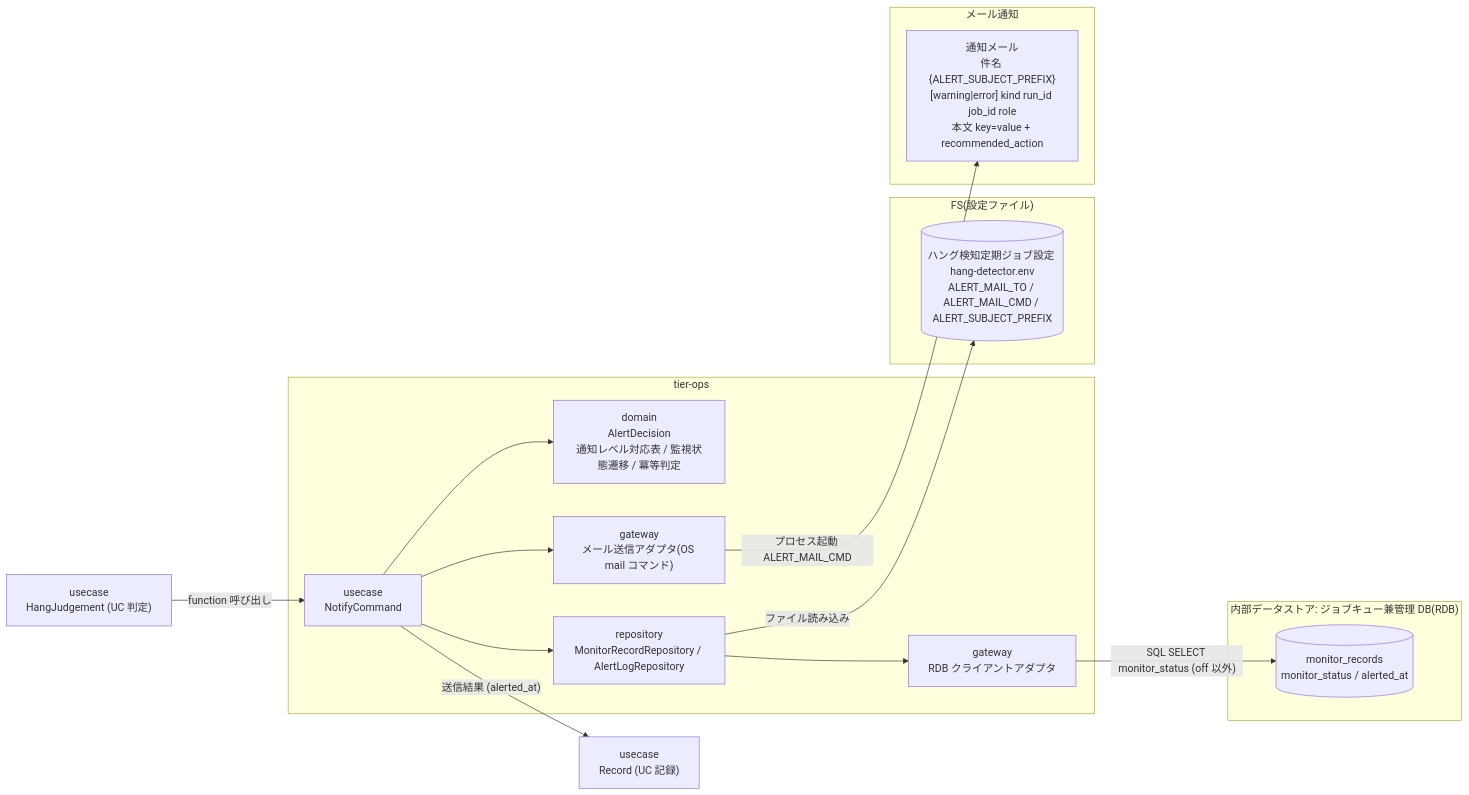
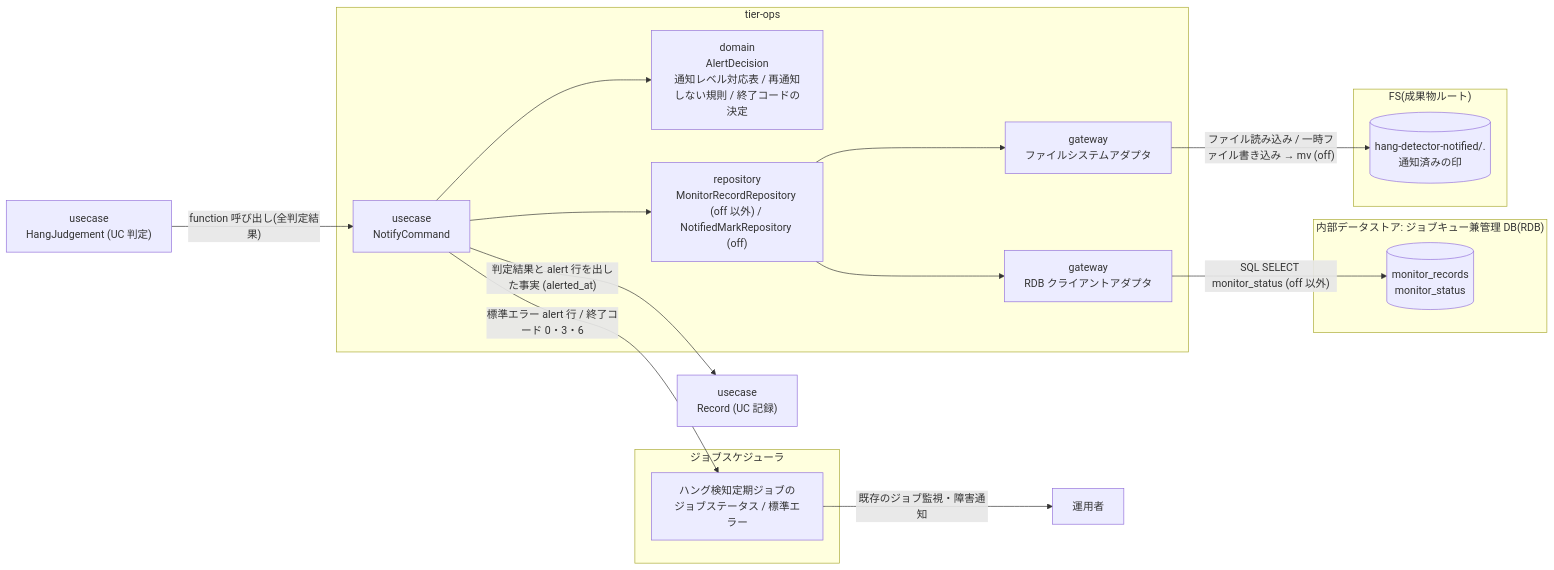
Before and after one commit to suwa-sh/relay-gate: the first of 2 diagrams in docs/specs/latest/実行監視業務/background 実行監視フロー/ハング疑い・実行エラー・比較異常を通知する/spec.md, drawn with Mermaid. The commit also changed other lines of this file and 2131 other files, not shown here.

````diff
--- a/docs/specs/latest/実行監視業務/background 実行監視フロー/ハング疑い・実行エラー・比較異常を通知する/spec.md
+++ b/docs/specs/latest/実行監視業務/background 実行監視フロー/ハング疑い・実行エラー・比較異常を通知する/spec.md
@@ -9,28 +16,29 @@
 ```mermaid
 graph LR
   subgraph OPS["tier-ops"]
     U["usecase\nNotifyCommand"]
-    D["domain\nAlertDecision\n通知レベル対応表 / 監視状態遷移 / 冪等判定"]
-    R["repository\nMonitorRecordRepository / AlertLogRepository"]
-    G1["gateway\nメール送信アダプタ(OS mail コマンド)"]
-    G2["gateway\nRDB クライアントアダプタ"]
+    D["domain\nAlertDecision\n通知レベル対応表 / 再通知しない規則 / 終了コードの決定"]
+    R["repository\nMonitorRecordRepository (off 以外) / NotifiedMarkRepository (off)"]
+    G1["gateway\nRDB クライアントアダプタ"]
+    G2["gateway\nファイルシステムアダプタ"]
     U --> D
     U --> R
+    R --> G1
     R --> G2
-    U --> G1
-  end
-  subgraph CFG["FS(設定ファイル)"]
-    HE[("ハング検知定期ジョブ設定 hang-detector.env\nALERT_MAIL_TO / ALERT_MAIL_CMD / ALERT_SUBJECT_PREFIX")]
   end
   subgraph DB["内部データストア: ジョブキュー兼管理 DB(RDB)"]
-    MR[("monitor_records\nmonitor_status / alerted_at")]
+    MR[("monitor_records\nmonitor_status")]
   end
-  subgraph MAIL["メール通知"]
-    M["通知メール\n件名 {ALERT_SUBJECT_PREFIX}[warning|error] kind run_id job_id role\n本文 key=value + recommended_action"]
+  subgraph ART["FS(成果物ルート)"]
+    NM[("hang-detector-notified/<run_id>.<role>\n通知済みの印")]
   end
-  J["usecase\nHangJudgement (UC 判定)"] -->|"function 呼び出し"| U
-  R -->|"ファイル読み込み"| HE
-  G2 -->|"SQL SELECT monitor_status (off 以外)"| MR
-  G1 -->|"プロセス起動 ALERT_MAIL_CMD"| M
-  U -->|"送信結果 (alerted_at)"| REC["usecase\nRecord (UC 記録)"]
+  subgraph SCHED["ジョブスケジューラ"]
+    JS["ハング検知定期ジョブの\nジョブステータス / 標準エラー"]
+  end
+  J["usecase\nHangJudgement (UC 判定)"] -->|"function 呼び出し(全判定結果)"| U
+  G1 -->|"SQL SELECT monitor_status (off 以外)"| MR
+  G2 -->|"ファイル読み込み / 一時ファイル書き込み → mv (off)"| NM
+  U -->|"標準エラー alert 行 / 終了コード 0・3・6"| JS
+  U -->|"判定結果と alert 行を出した事実 (alerted_at)"| REC["usecase\nRecord (UC 記録)"]
+  JS -->|"既存のジョブ監視・障害通知"| OPR["運用者"]
 ```
````
